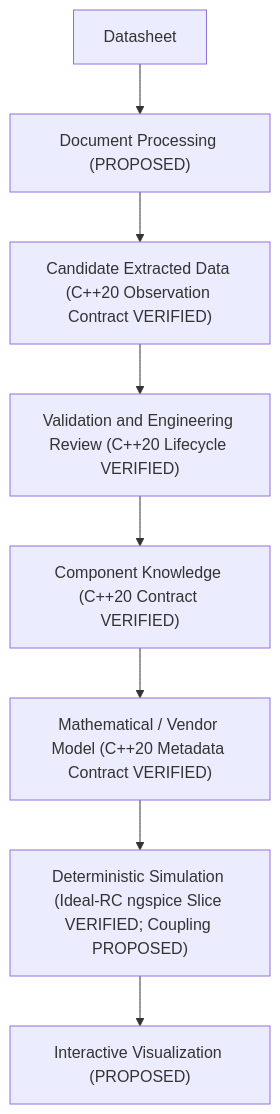
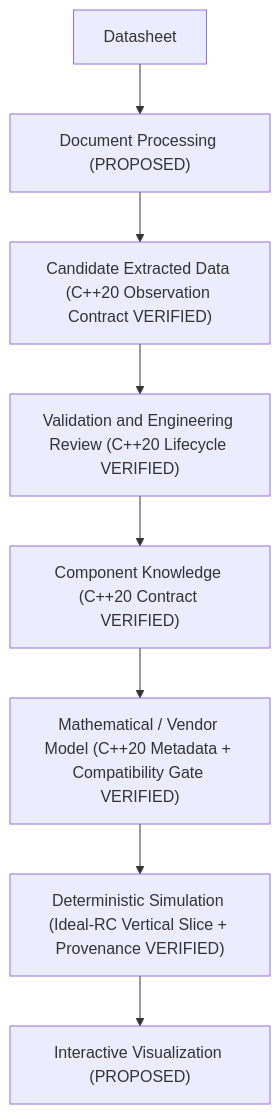
Before and after one commit to quocthaile/datasim: the diagram in docs/ARCHITECTURE.md, drawn with Mermaid. The commit also changed other lines of this file and 28 other files, not shown here.

Commit message:
Implement Phase 3 deterministic component-to-simulation vertical slice

````diff
--- a/docs/ARCHITECTURE.md
+++ b/docs/ARCHITECTURE.md
@@ -21,10 +25,10 @@
 ```mermaid
 flowchart TD
     DS["Datasheet"] --> DP["Document Processing (PROPOSED)"]
     DP --> CE["Candidate Extracted Data (C++20 Observation Contract VERIFIED)"]
     CE --> VR["Validation and Engineering Review (C++20 Lifecycle VERIFIED)"]
     VR --> CK["Component Knowledge (C++20 Contract VERIFIED)"]
-    CK --> MM["Mathematical / Vendor Model (C++20 Metadata Contract VERIFIED)"]
-    MM --> SIM["Deterministic Simulation (Ideal-RC ngspice Slice VERIFIED; Coupling PROPOSED)"]
+    CK --> MM["Mathematical / Vendor Model (C++20 Metadata + Compatibility Gate VERIFIED)"]
+    MM --> SIM["Deterministic Simulation (Ideal-RC Vertical Slice + Provenance VERIFIED)"]
     SIM --> VIS["Interactive Visualization (PROPOSED)"]
 ```
````
